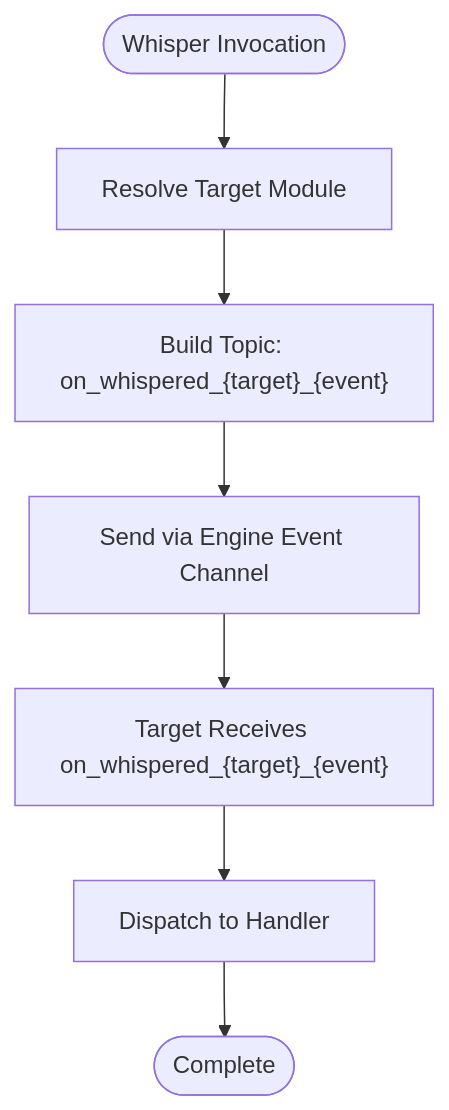
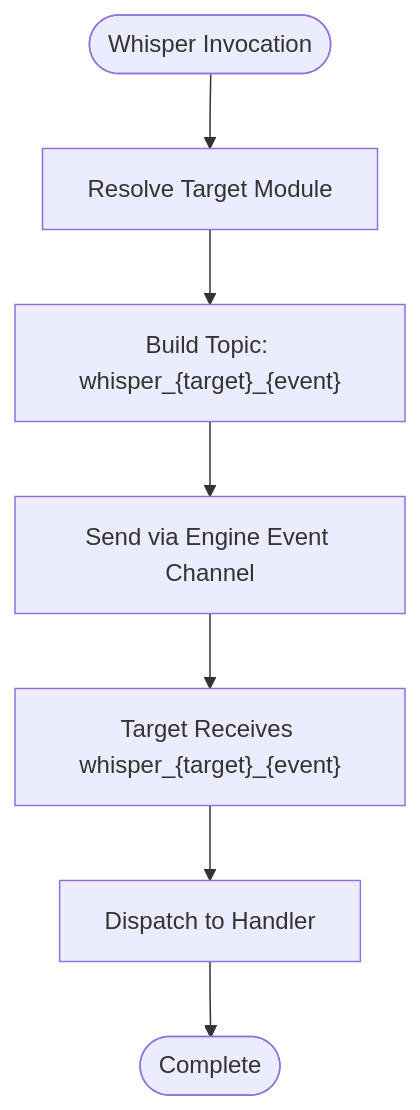
One commit to zt281/TycheEngine changed the fifth of 8 diagrams in .qoder/repowiki/en/content/Communication Patterns/Communication Patterns.md. Above: the diagram before and after it, drawn with Mermaid. The commit also changed other lines of this file and 34 other files, not shown here.

````diff
--- a/.qoder/repowiki/en/content/Communication Patterns/Communication Patterns.md
+++ b/.qoder/repowiki/en/content/Communication Patterns/Communication Patterns.md
@@ -279,9 +295,9 @@
 ```mermaid
 flowchart TD
 Start(["Whisper Invocation"]) --> CheckTarget["Resolve Target Module"]
-CheckTarget --> BuildTopic["Build Topic: on_whispered_{target}_{event}"]
+CheckTarget --> BuildTopic["Build Topic: whisper_{target}_{event}"]
 BuildTopic --> Send["Send via Engine Event Channel"]
-Send --> Receive["Target Receives on_whispered_{target}_{event}"]
+Send --> Receive["Target Receives whisper_{target}_{event}"]
 Receive --> Dispatch["Dispatch to Handler"]
 Dispatch --> End(["Complete"])
 ```
````
